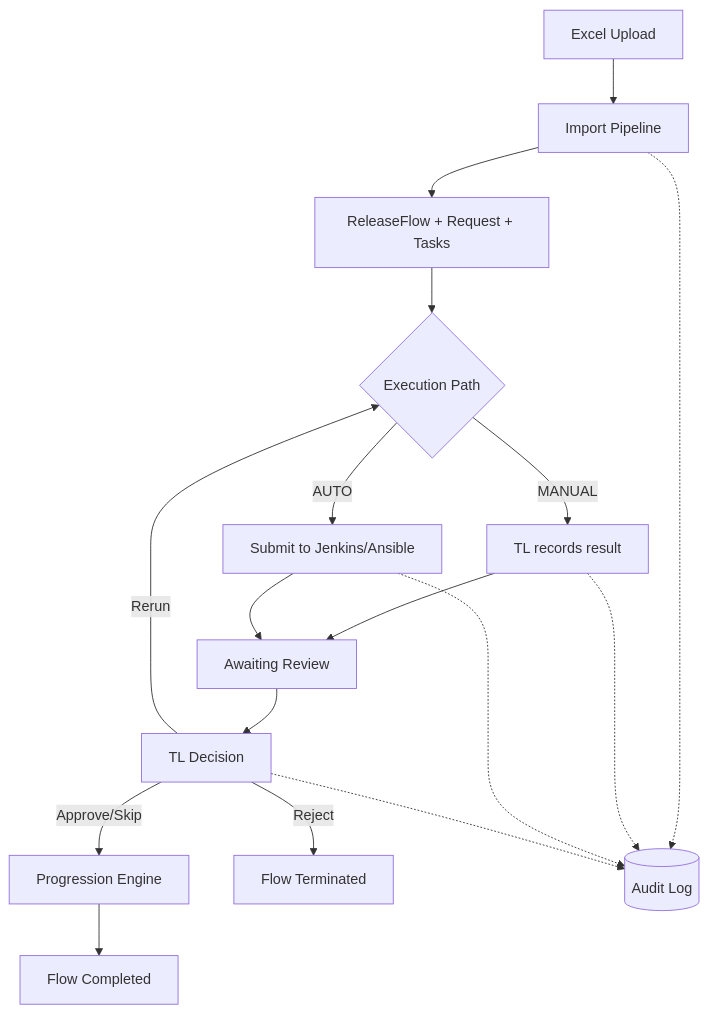
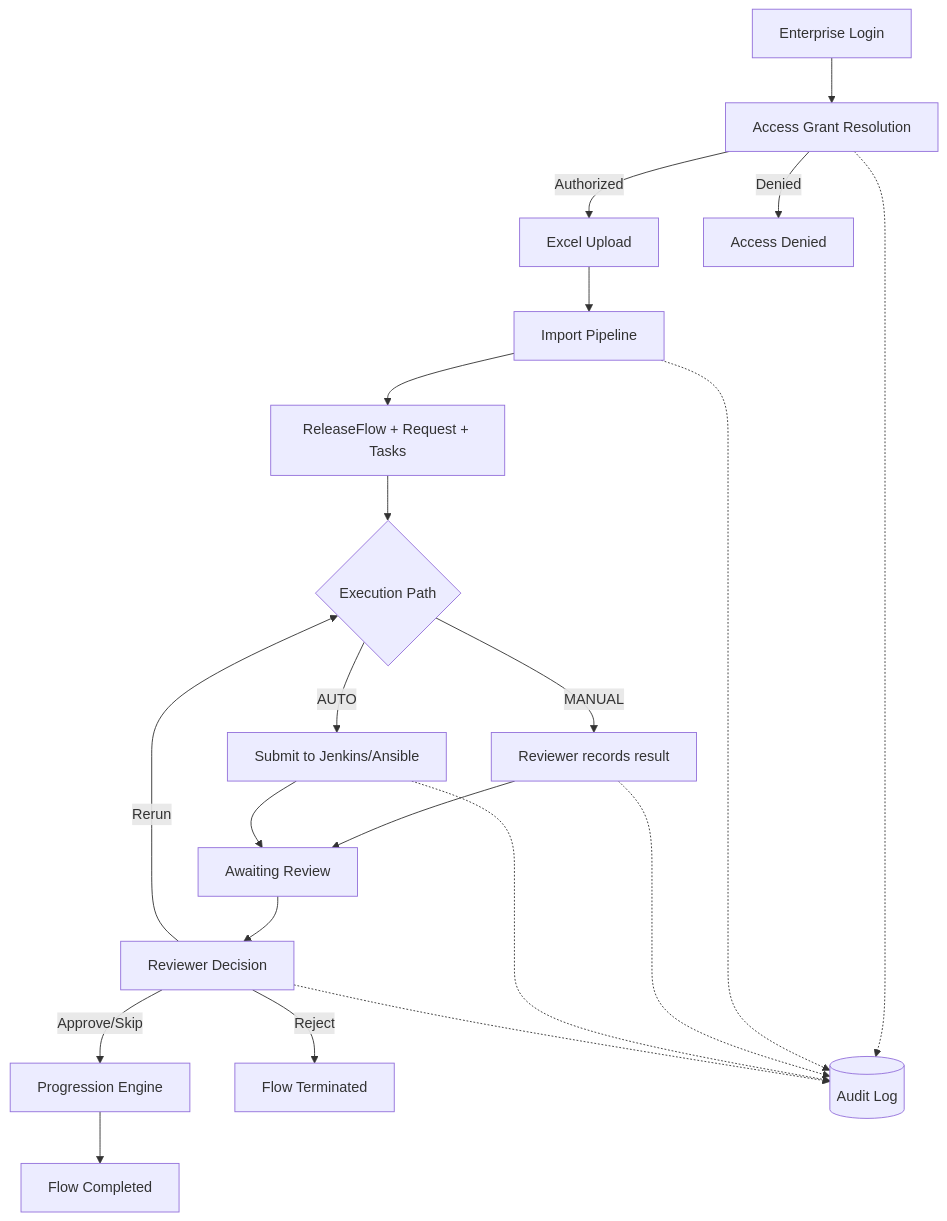
Before and after one commit to wwa-lab/deployment-agent: the ninth of 9 diagrams in docs/04-architecture/data-flow.md, drawn with Mermaid. The commit also changed other lines of this file and 11 other files, not shown here.

````diff
--- a/docs/04-architecture/data-flow.md
+++ b/docs/04-architecture/data-flow.md
@@ -261,20 +284,24 @@
 ```mermaid
 flowchart TB
-    Excel[Excel Upload] --> Import[Import Pipeline]
+    Login[Enterprise Login] --> Authz[Access Grant Resolution]
+    Authz -->|Authorized| Excel[Excel Upload]
+    Authz -->|Denied| Blocked[Access Denied]
+    Excel --> Import[Import Pipeline]
     Import --> RF[ReleaseFlow + Request + Tasks]
     RF --> Execution{Execution Path}
-    Execution -->|MANUAL| Manual[TL records result]
+    Execution -->|MANUAL| Manual[Reviewer records result]
     Execution -->|AUTO| Auto[Submit to Jenkins/Ansible]
     Manual --> Review[Awaiting Review]
     Auto --> Review
-    Review --> Decision[TL Decision]
+    Review --> Decision[Reviewer Decision]
     Decision -->|Approve/Skip| Progress[Progression Engine]
     Decision -->|Reject| Terminal[Flow Terminated]
     Decision -->|Rerun| Execution
     Progress --> Complete[Flow Completed]
 
-    Import -.-> Audit[(Audit Log)]
+    Authz -.-> Audit[(Audit Log)]
+    Import -.-> Audit
     Manual -.-> Audit
     Auto -.-> Audit
     Decision -.-> Audit
 ```
````
